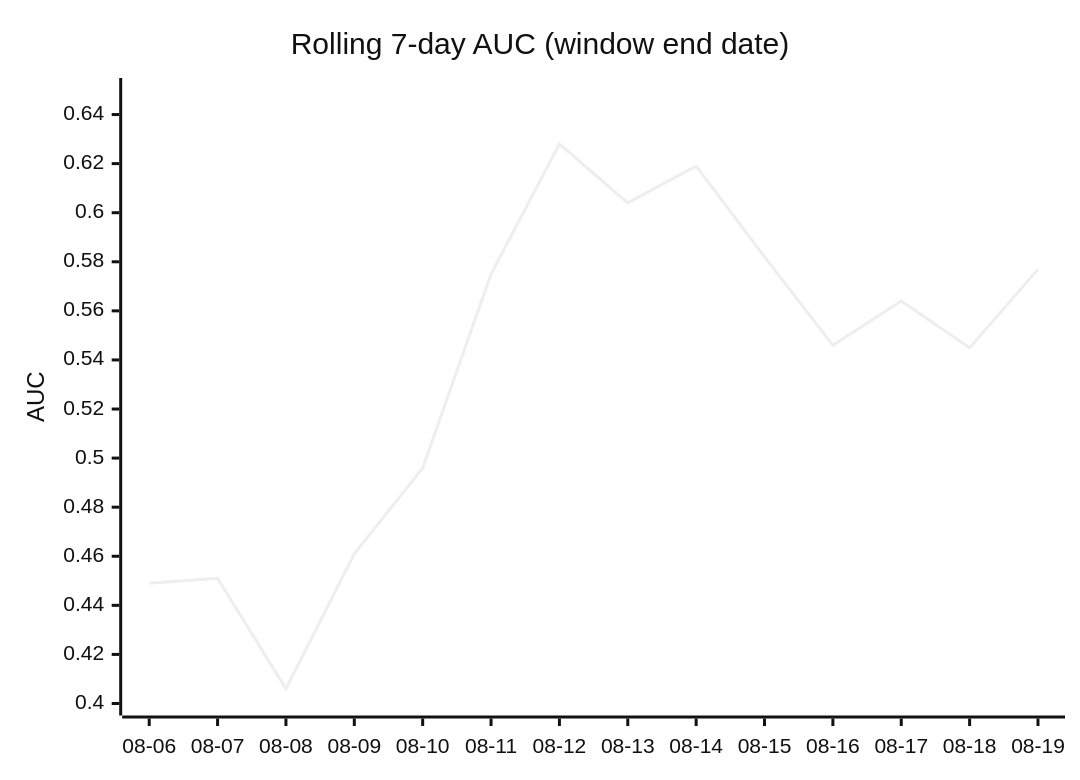
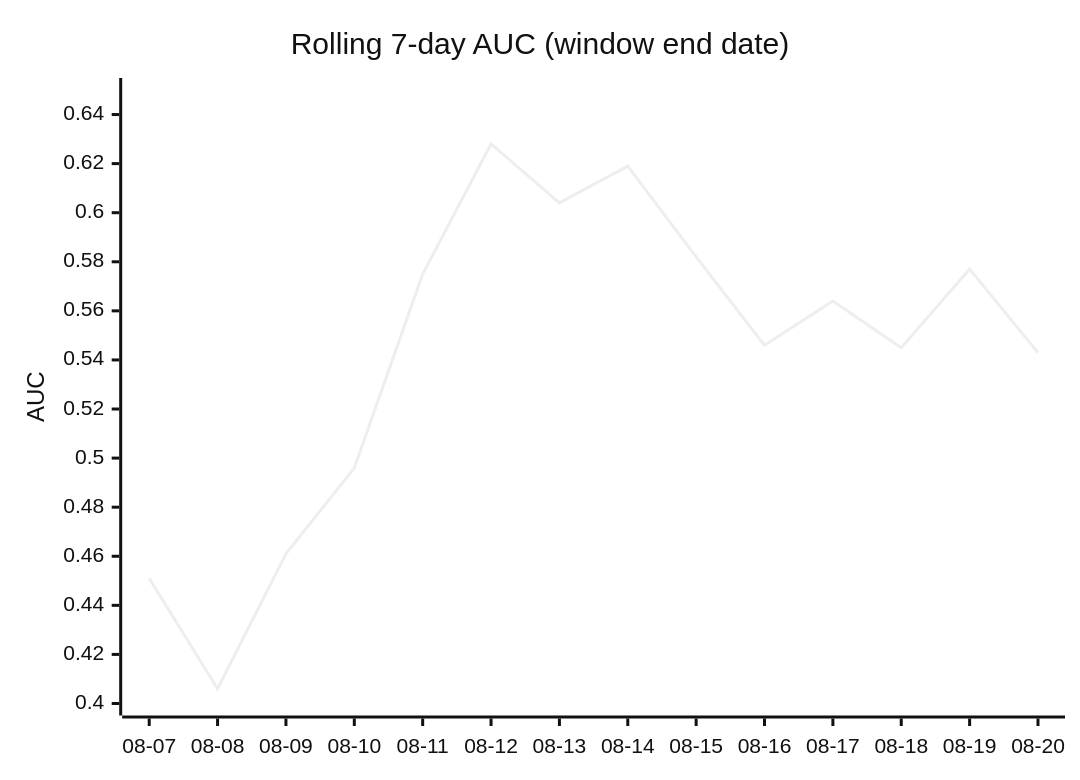
One commit to dpk1212/nhl-savant changed the third of 4 diagrams in DAILY_AGSU_REPORT.md. Above: the diagram before and after it, drawn with Mermaid (neutral theme). The commit also changed other lines of this file, not shown here.

````diff
--- a/DAILY_AGSU_REPORT.md
+++ b/DAILY_AGSU_REPORT.md
@@ -829,7 +832,7 @@
 ```mermaid
 xychart-beta
     title "Rolling 7-day AUC (window end date)"
-    x-axis ["08-06", "08-07", "08-08", "08-09", "08-10", "08-11", "08-12", "08-13", "08-14", "08-15", "08-16", "08-17", "08-18", "08-19"]
+    x-axis ["08-07", "08-08", "08-09", "08-10", "08-11", "08-12", "08-13", "08-14", "08-15", "08-16", "08-17", "08-18", "08-19", "08-20"]
     y-axis "AUC" 0.4 --> 0.65
-    line [0.449, 0.451, 0.406, 0.461, 0.496, 0.575, 0.628, 0.604, 0.619, 0.582, 0.546, 0.564, 0.545, 0.577]
+    line [0.451, 0.406, 0.461, 0.496, 0.575, 0.628, 0.604, 0.619, 0.582, 0.546, 0.564, 0.545, 0.577, 0.543]
 ```
````
